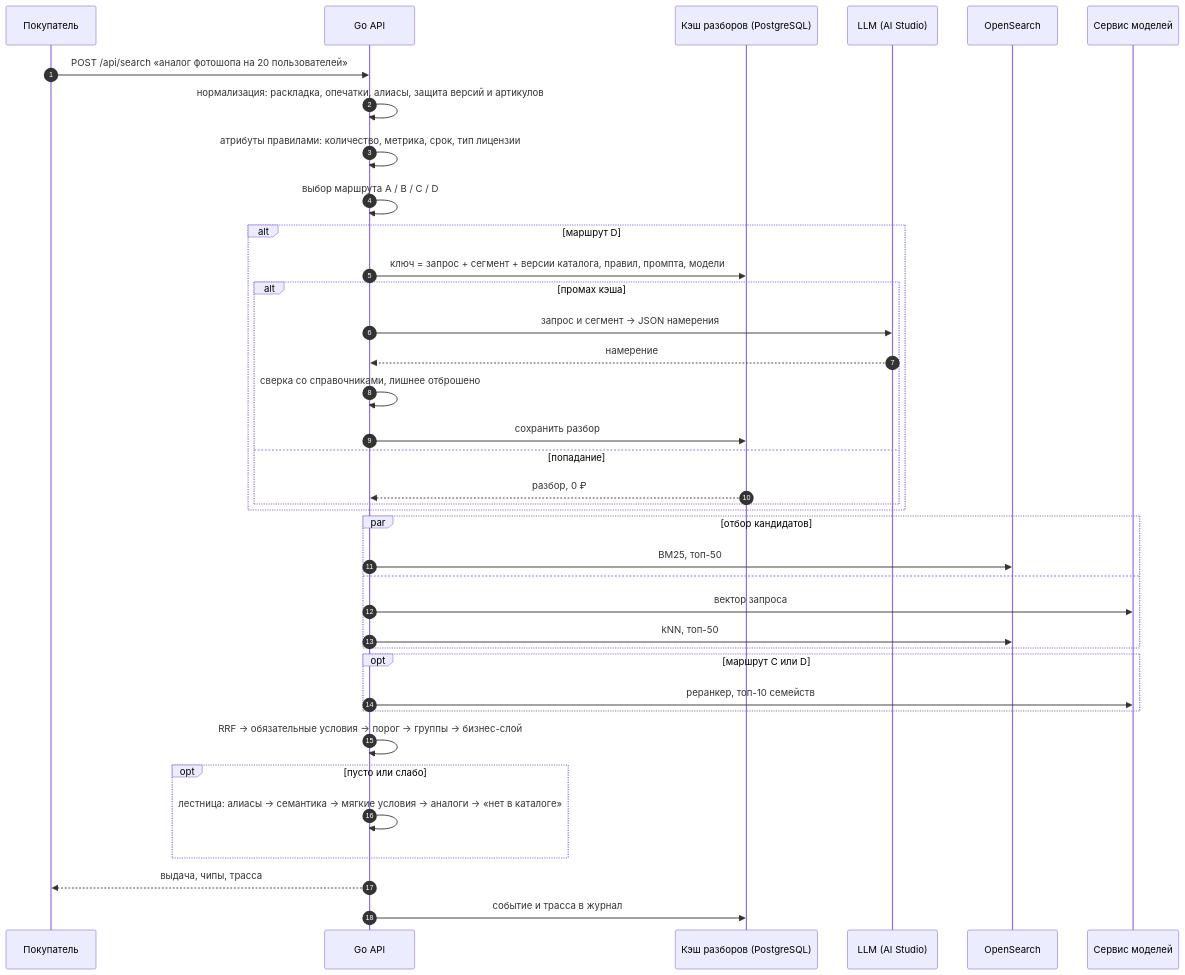
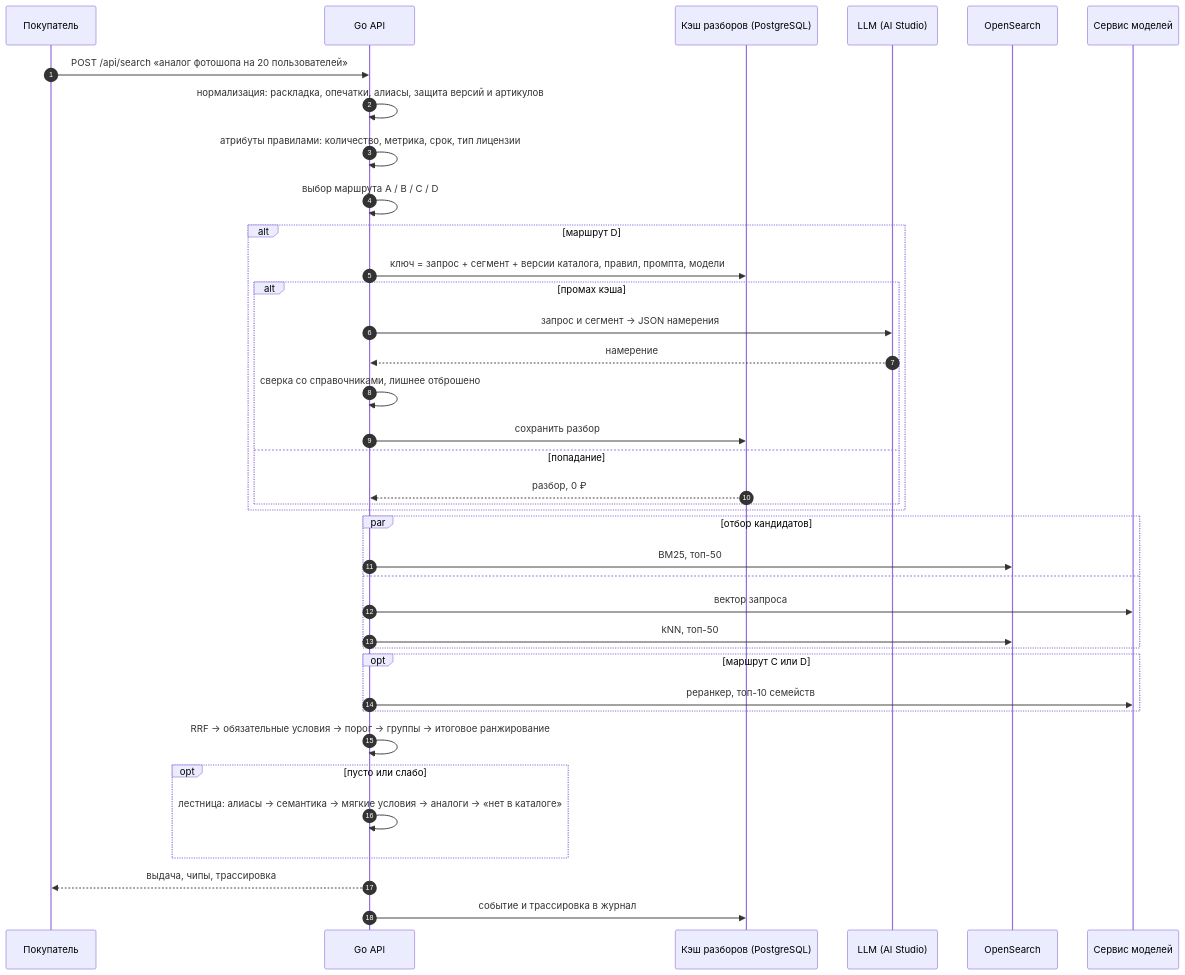
Before and after one commit to olegator-rus/rokotovka-plexet-kuznitsa: the second of 5 diagrams in docs/ARCHITECTURE.md, drawn with Mermaid. The commit also changed other lines of this file and 109 other files, not shown here.

````diff
--- a/docs/ARCHITECTURE.md
+++ b/docs/ARCHITECTURE.md
@@ -99,41 +99,41 @@
 ```mermaid
 sequenceDiagram
     autonumber
     participant U as Покупатель
     participant A as Go API
     participant C as Кэш разборов (PostgreSQL)
     participant L as LLM (AI Studio)
     participant O as OpenSearch
     participant M as Сервис моделей
 
     U->>A: POST /api/search «аналог фотошопа на 20 пользователей»
     A->>A: нормализация: раскладка, опечатки, алиасы, защита версий и артикулов
     A->>A: атрибуты правилами: количество, метрика, срок, тип лицензии
     A->>A: выбор маршрута A / B / C / D
     alt маршрут D
         A->>C: ключ = запрос + сегмент + версии каталога, правил, промпта, модели
         alt промах кэша
             A->>L: запрос и сегмент → JSON намерения
             L-->>A: намерение
             A->>A: сверка со справочниками, лишнее отброшено
             A->>C: сохранить разбор
         else попадание
             C-->>A: разбор, 0 ₽
         end
     end
     par отбор кандидатов
         A->>O: BM25, топ-50
     and
         A->>M: вектор запроса
         A->>O: kNN, топ-50
     end
     opt маршрут C или D
         A->>M: реранкер, топ-10 семейств
     end
-    A->>A: RRF → обязательные условия → порог → группы → бизнес-слой
+    A->>A: RRF → обязательные условия → порог → группы → итоговое ранжирование
     opt пусто или слабо
         A->>A: лестница: алиасы → семантика → мягкие условия → аналоги → «нет в каталоге»
     end
-    A-->>U: выдача, чипы, трасса
-    A->>C: событие и трасса в журнал
+    A-->>U: выдача, чипы, трассировка
+    A->>C: событие и трассировка в журнал
 ```
````
